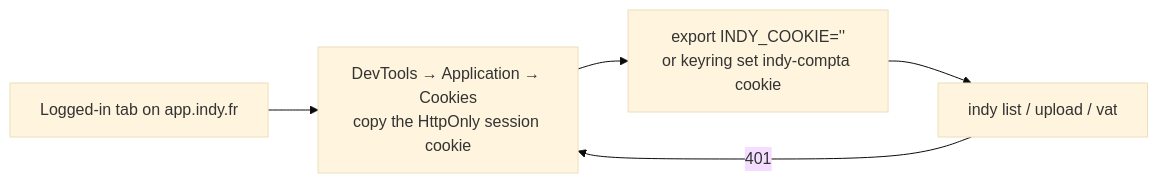
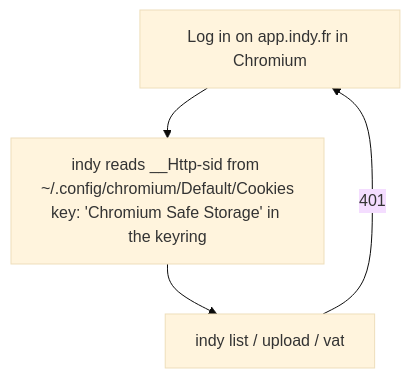
Before and after one commit to kbsali/indy-cli: the diagram in README.md, drawn with Mermaid (base theme). The commit also changed other lines of this file and 3 other files, not shown here.

First line of the commit message:
feat: read the __Http-sid cookie from the Chromium cookie store (#6)

````diff
--- a/README.md
+++ b/README.md
@@ -20,7 +20,6 @@
 ```mermaid
-flowchart LR
-    A[Logged-in tab on app.indy.fr] --> B["DevTools → Application → Cookies<br/>copy the HttpOnly session cookie"]
-    B --> C["export INDY_COOKIE='<value>'<br/>or keyring set indy-compta cookie"]
-    C --> D[indy list / upload / vat]
-    D -- 401 --> B
+flowchart TB
+    A[Log in on app.indy.fr in Chromium] --> B["indy reads __Http-sid from ~/.config/chromium/Default/Cookies<br/>key: 'Chromium Safe Storage' in the keyring"]
+    B --> C[indy list / upload / vat]
+    C -- 401 --> A
 ```
````
